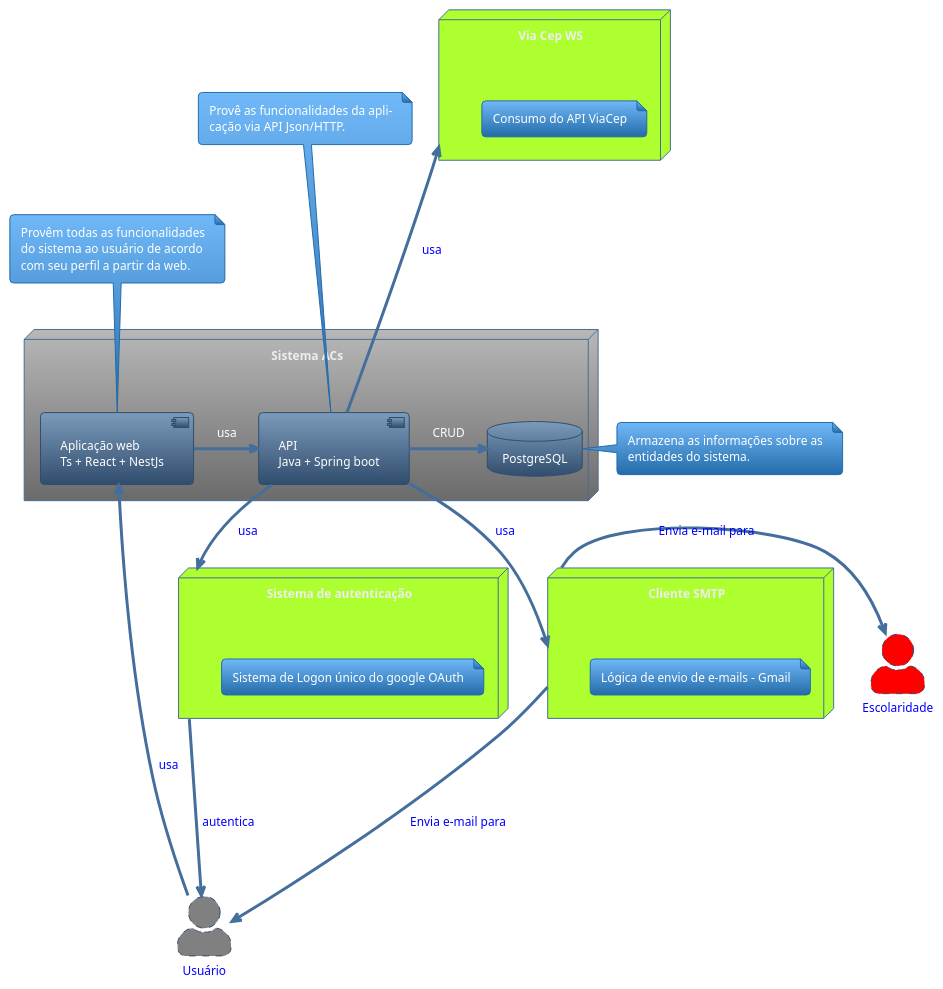
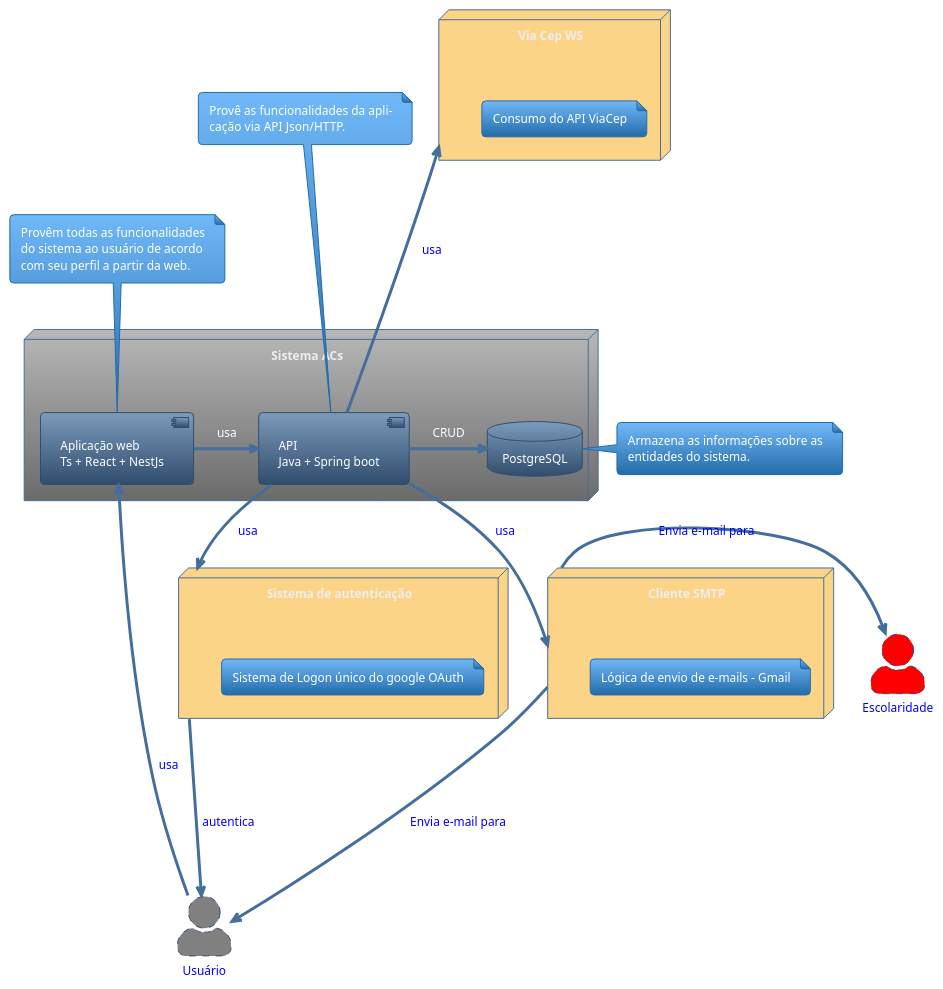
The diagram in sistema-docs/src/2. Níveis/2.2 Container - C2/diagrama-c2.puml (kvojps/sistema-acs), drawn with PlantUML before and after one commit.

Commit message:
refatorando diagrama c2

```diff
--- a/sistema-docs/src/2. Níveis/2.2 Container - C2/diagrama-c2.puml
+++ b/sistema-docs/src/2. Níveis/2.2 Container - C2/diagrama-c2.puml
@@ -1,63 +1,63 @@
 @startuml Diagrama c2 - container
 !theme spacelab
 skinparam actorStyle awesome
 
 node "Sistema ACs" {
     [Aplicação web\nTs + React + NestJs] as front
     [API\nJava + Spring boot] as back
     database "PostgreSQL"
 
     front -right--> back: usa
     back -right--> PostgreSQL: CRUD
 }
 
-node "Cliente SMTP" as SMTP #GreenYellow {
+node "Cliente SMTP" as SMTP #fcd487 {
     note as N0
         Lógica de envio de e-mails - Gmail
     end note
 }
 
-node "Sistema de autenticação" as Auth #GreenYellow {
+node "Sistema de autenticação" as Auth #fcd487 {
     note as N1
         Sistema de Logon único do google OAuth
     end note
 }
 
-node "Via Cep WS" as ViaCep #GreenYellow {
+node "Via Cep WS" as ViaCep #fcd487 {
     note as N2
         Consumo do API ViaCep
     end note
 }
 
 note as front_note
     Provêm todas as funcionalidades
     do sistema ao usuário de acordo
     com seu perfil a partir da web.
 end note
 
 note as back_note
     Provê as funcionalidades da apli-
     cação via API Json/HTTP.
 end note
 
 note as db_note
     Armazena as informações sobre as
     entidades do sistema.
 end note
 
 front -up-> front_note
 back -up--> back_note
 PostgreSQL -right-> db_note
 
 Actor Usuário #gray;line.dashed;text:blue
 Actor Escolaridade #red;line.dashed;text:blue
 
 back -down-> Auth #text:blue : usa
 back -down-> SMTP #text:blue : usa
 back -up--> ViaCep #text:blue : usa
 Usuário -up-> front #text:blue : usa
 
 Auth -> Usuário #text:blue : autentica
 SMTP -down--> Usuário #text:blue : Envia e-mail para
 SMTP -right-> Escolaridade #text:blue : Envia e-mail para
 @enduml
```
